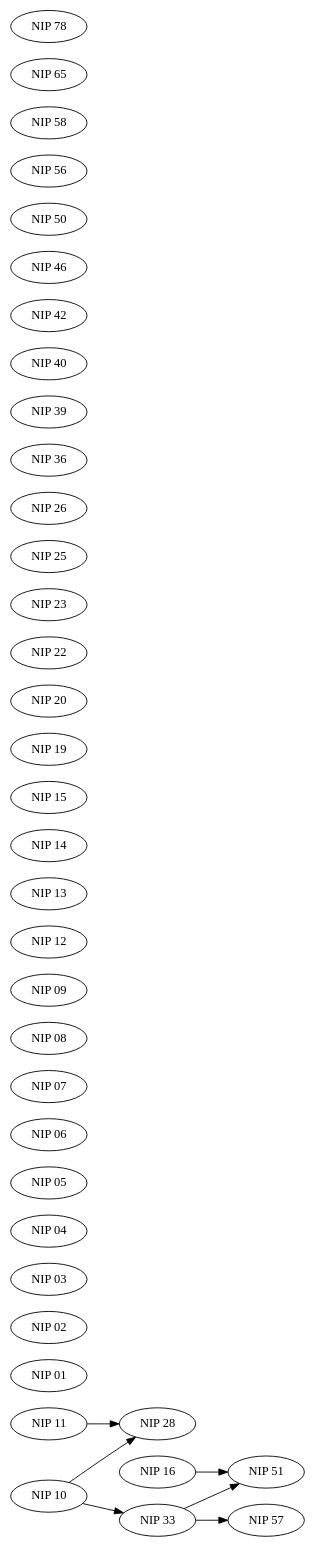
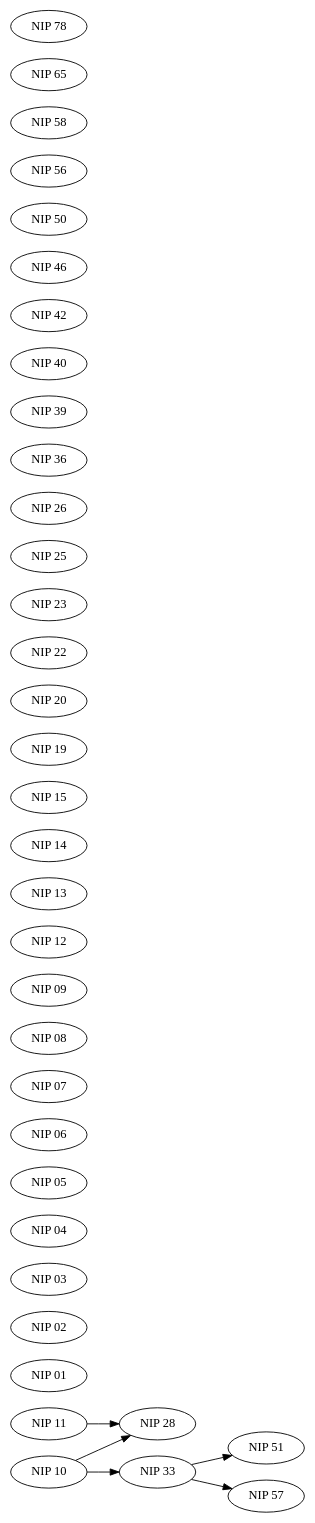
The diagram in tree.dot (pqingshuang/nips), drawn with Graphviz before and after one commit.

```diff
--- a/tree.dot
+++ b/tree.dot
@@ -1,38 +1,37 @@
 digraph {
 rankdir=LR
   "NIP 10" -> "NIP 28";
   "NIP 11" -> "NIP 28";
   "NIP 10" -> "NIP 33";
-  "NIP 16" -> "NIP 51";
   "NIP 33" -> "NIP 51";
   "NIP 33" -> "NIP 57";
   "NIP 01" [label="NIP 01"];
   "NIP 02" [label="NIP 02"];
   "NIP 03" [label="NIP 03"];
   "NIP 04" [label="NIP 04"];
   "NIP 05" [label="NIP 05"];
   "NIP 06" [label="NIP 06"];
   "NIP 07" [label="NIP 07"];
   "NIP 08" [label="NIP 08"];
   "NIP 09" [label="NIP 09"];
   "NIP 12" [label="NIP 12"];
   "NIP 13" [label="NIP 13"];
   "NIP 14" [label="NIP 14"];
   "NIP 15" [label="NIP 15"];
   "NIP 19" [label="NIP 19"];
   "NIP 20" [label="NIP 20"];
   "NIP 22" [label="NIP 22"];
   "NIP 23" [label="NIP 23"];
   "NIP 25" [label="NIP 25"];
   "NIP 26" [label="NIP 26"];
   "NIP 36" [label="NIP 36"];
   "NIP 39" [label="NIP 39"];
   "NIP 40" [label="NIP 40"];
   "NIP 42" [label="NIP 42"];
   "NIP 46" [label="NIP 46"];
   "NIP 50" [label="NIP 50"];
   "NIP 56" [label="NIP 56"];
   "NIP 58" [label="NIP 58"];
   "NIP 65" [label="NIP 65"];
   "NIP 78" [label="NIP 78"];
 }
```
